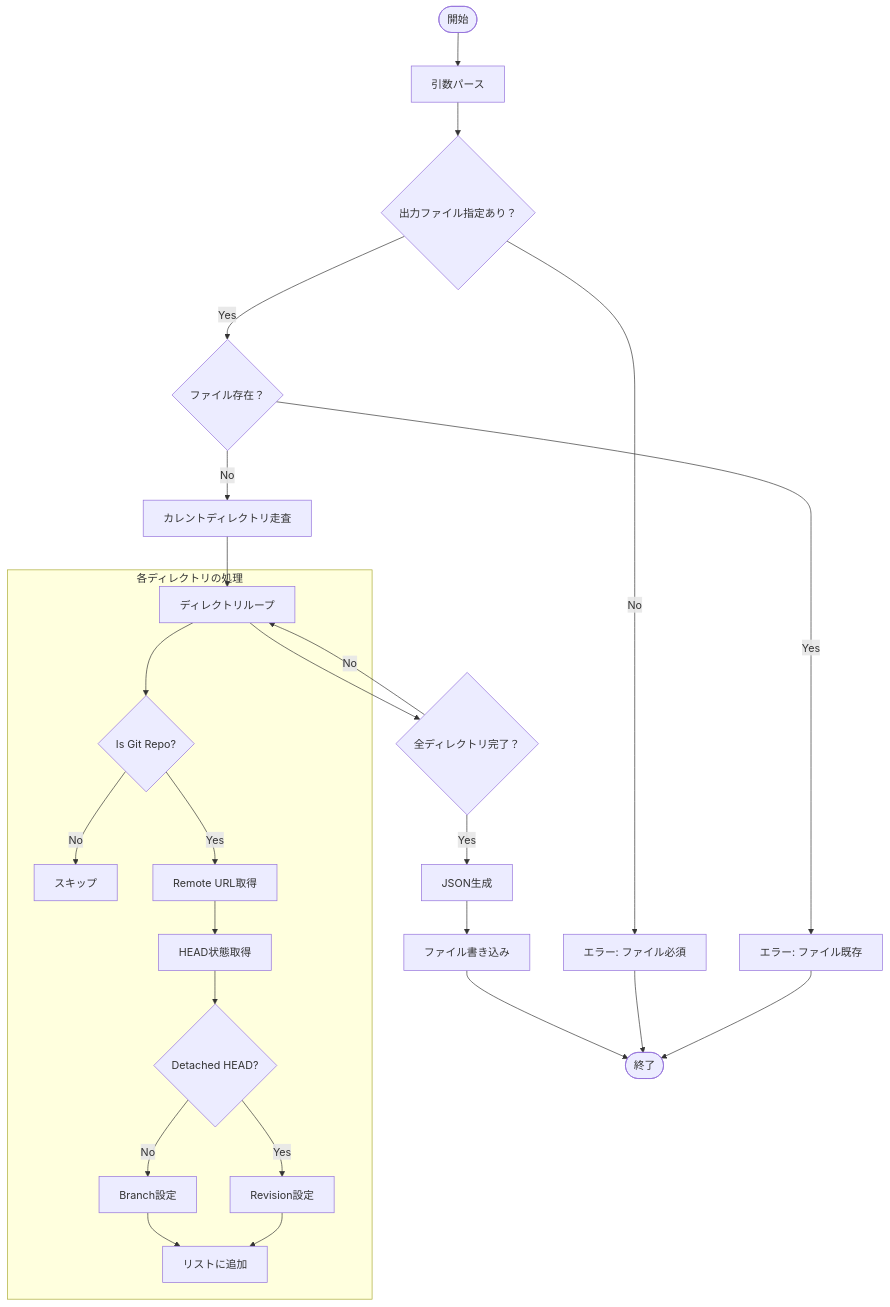
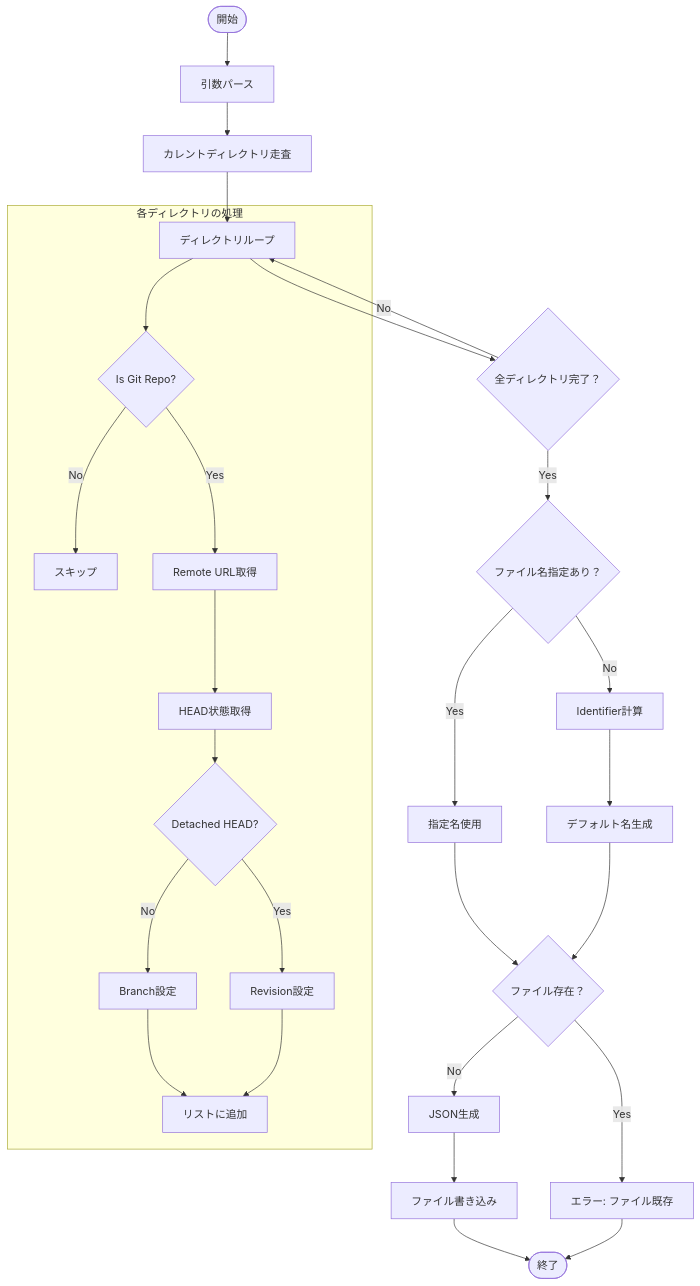
One commit to keiji/mistletoe changed the diagram in docs/internal/app/snapshot.md. Above: the diagram before and after it, drawn with Mermaid. The commit also changed other lines of this file and 5 other files, not shown here.

````diff
--- a/docs/internal/app/snapshot.md
+++ b/docs/internal/app/snapshot.md
@@ -37,35 +42,38 @@
 ```mermaid
 flowchart TD
     Start(["開始"]) --> ParseArgs["引数パース"]
-    ParseArgs --> CheckFile{"出力ファイル指定あり？"}
-    CheckFile -- No --> ErrorArg["エラー: ファイル必須"]
-    CheckFile -- Yes --> CheckExist{"ファイル存在？"}
-
-    CheckExist -- Yes --> ErrorExist["エラー: ファイル既存"]
-    CheckExist -- No --> ScanDir["カレントディレクトリ走査"]
+    ParseArgs --> ScanDir["カレントディレクトリ走査"]
 
     ScanDir --> Loop["ディレクトリループ"]
 
     subgraph "各ディレクトリの処理"
         Loop --> CheckGit{Is Git Repo?}
         CheckGit -- No --> Skip["スキップ"]
         CheckGit -- Yes --> GetURL["Remote URL取得"]
         GetURL --> GetHEAD["HEAD状態取得"]
 
         GetHEAD --> CheckDetached{Detached HEAD?}
         CheckDetached -- No --> SetBranch["Branch設定"]
         CheckDetached -- Yes --> SetRev["Revision設定"]
 
         SetBranch --> AppendList["リストに追加"]
         SetRev --> AppendList
     end
 
     Loop --> CheckEnd{"全ディレクトリ完了？"}
     CheckEnd -- No --> Loop
-    CheckEnd -- Yes --> Marshal["JSON生成"]
+    CheckEnd -- Yes --> DecideName{"ファイル名指定あり？"}
+    DecideName -- Yes --> UseName["指定名使用"]
+    DecideName -- No --> CalcID["Identifier計算"]
+    CalcID --> DefaultName["デフォルト名生成"]
+
+    UseName --> CheckExist{"ファイル存在？"}
+    DefaultName --> CheckExist
+
+    CheckExist -- Yes --> ErrorExist["エラー: ファイル既存"]
+    CheckExist -- No --> Marshal["JSON生成"]
     Marshal --> WriteFile["ファイル書き込み"]
     WriteFile --> End(["終了"])
 
-    ErrorArg --> End
     ErrorExist --> End
 ```
````
